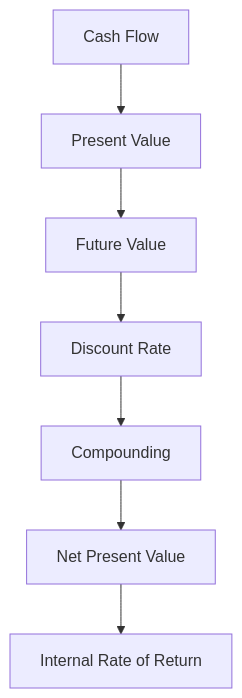
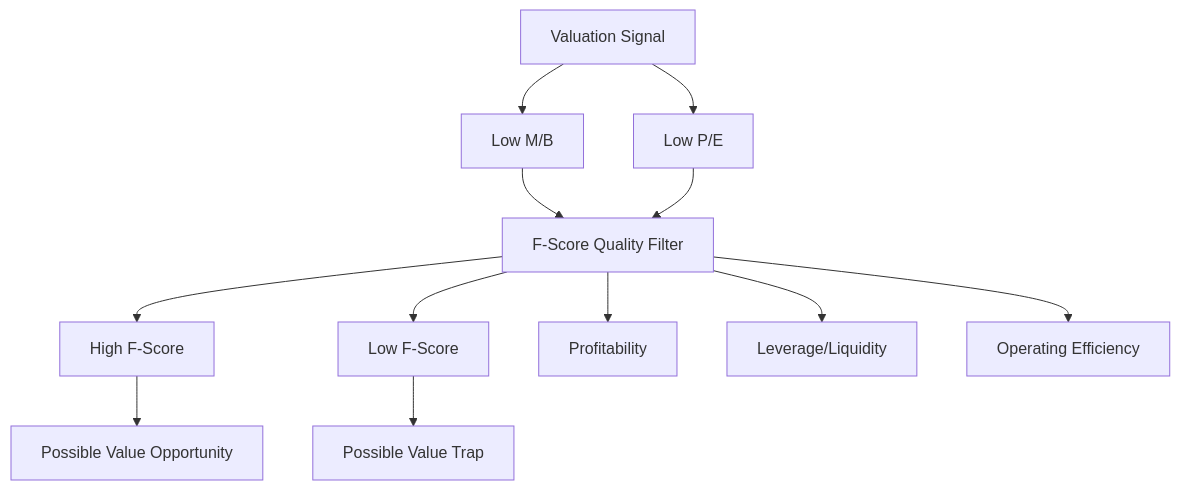
The diagram in finance-and-investment-management/wiki/session-01-02-excursus-fundamental-analysis-german-stock-market/CONTEXT.md (aerkn1/TUM-semester-2), drawn with Mermaid before and after one commit. The commit also changed other lines of this file and 23 other files, not shown here.

````diff
--- a/finance-and-investment-management/wiki/session-01-02-excursus-fundamental-analysis-german-stock-market/CONTEXT.md
+++ b/finance-and-investment-management/wiki/session-01-02-excursus-fundamental-analysis-german-stock-market/CONTEXT.md
@@ -51,16 +31,15 @@
 ```mermaid
 flowchart TD
-    N1[Cash Flow]
-    N2[Present Value]
-    N1 --> N2
-    N3[Future Value]
-    N2 --> N3
-    N4[Discount Rate]
-    N3 --> N4
-    N5[Compounding]
-    N4 --> N5
-    N6[Net Present Value]
-    N5 --> N6
-    N7[Internal Rate of Return]
-    N6 --> N7
+    VAL[Valuation Signal]
+    VAL --> MB[Low M/B]
+    VAL --> PE[Low P/E]
+    MB --> QF[F-Score Quality Filter]
+    PE --> QF
+    QF --> HIGH[High F-Score]
+    QF --> LOW[Low F-Score]
+    HIGH --> OPP[Possible Value Opportunity]
+    LOW --> TRAP[Possible Value Trap]
+    QF --> PROF[Profitability]
+    QF --> LEV[Leverage/Liquidity]
+    QF --> EFF[Operating Efficiency]
 ```
````
